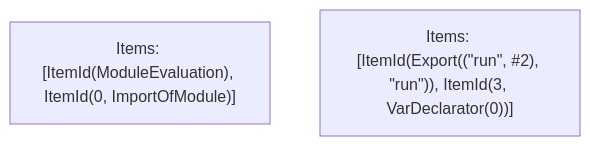
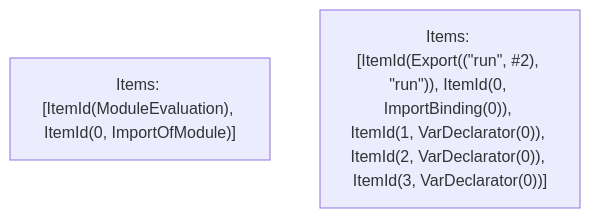
The fifth of 5 diagrams in crates/turbopack-ecmascript/tests/tree-shaker/analyzer/ipc-evaluate/output.md (vercel/turborepo), drawn with Mermaid before and after one commit. The commit also changed other lines of this file and 15 other files, not shown here.

````diff
--- a/crates/turbopack-ecmascript/tests/tree-shaker/analyzer/ipc-evaluate/output.md
+++ b/crates/turbopack-ecmascript/tests/tree-shaker/analyzer/ipc-evaluate/output.md
@@ -206,5 +210,5 @@
 ```mermaid
 graph TD
     N0["Items: [ItemId(ModuleEvaluation), ItemId(0, ImportOfModule)]"];
-    N1["Items: [ItemId(Export((&quot;run&quot;, #2), &quot;run&quot;)), ItemId(3, VarDeclarator(0))]"];
+    N1["Items: [ItemId(Export((&quot;run&quot;, #2), &quot;run&quot;)), ItemId(0, ImportBinding(0)), ItemId(1, VarDeclarator(0)), ItemId(2, VarDeclarator(0)), ItemId(3, VarDeclarator(0))]"];
 ```
````
